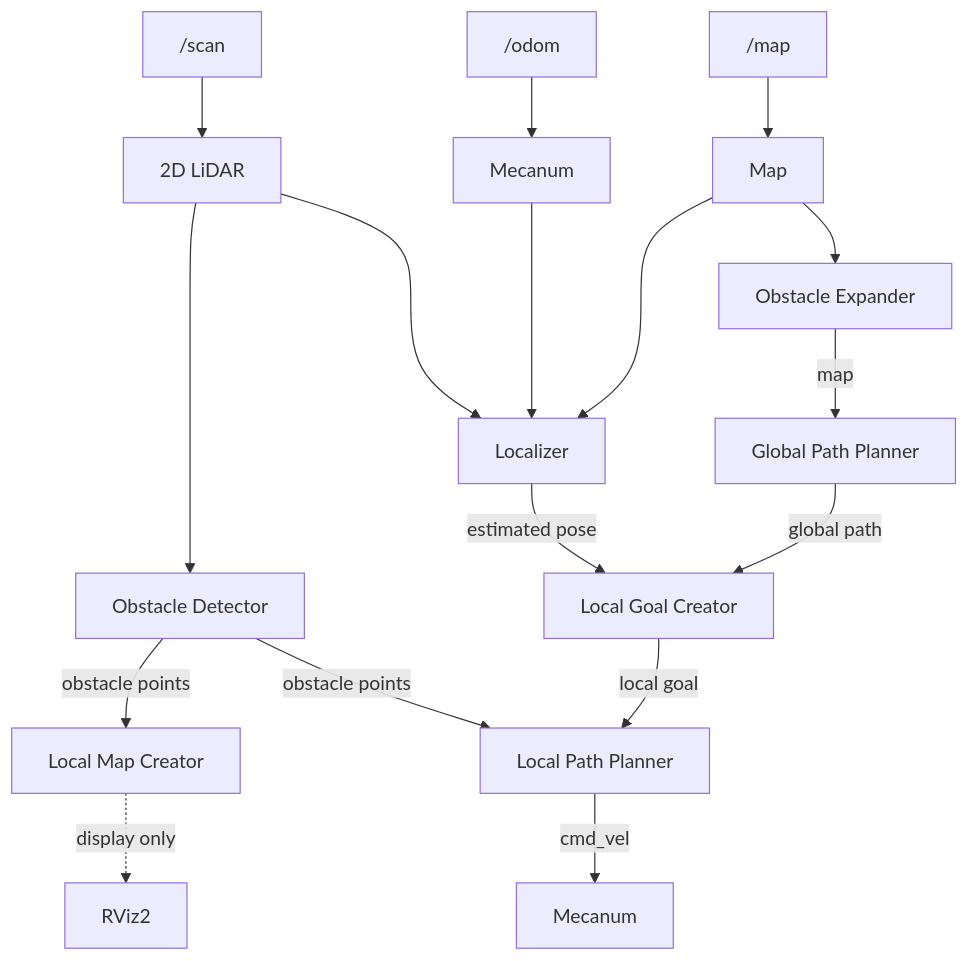
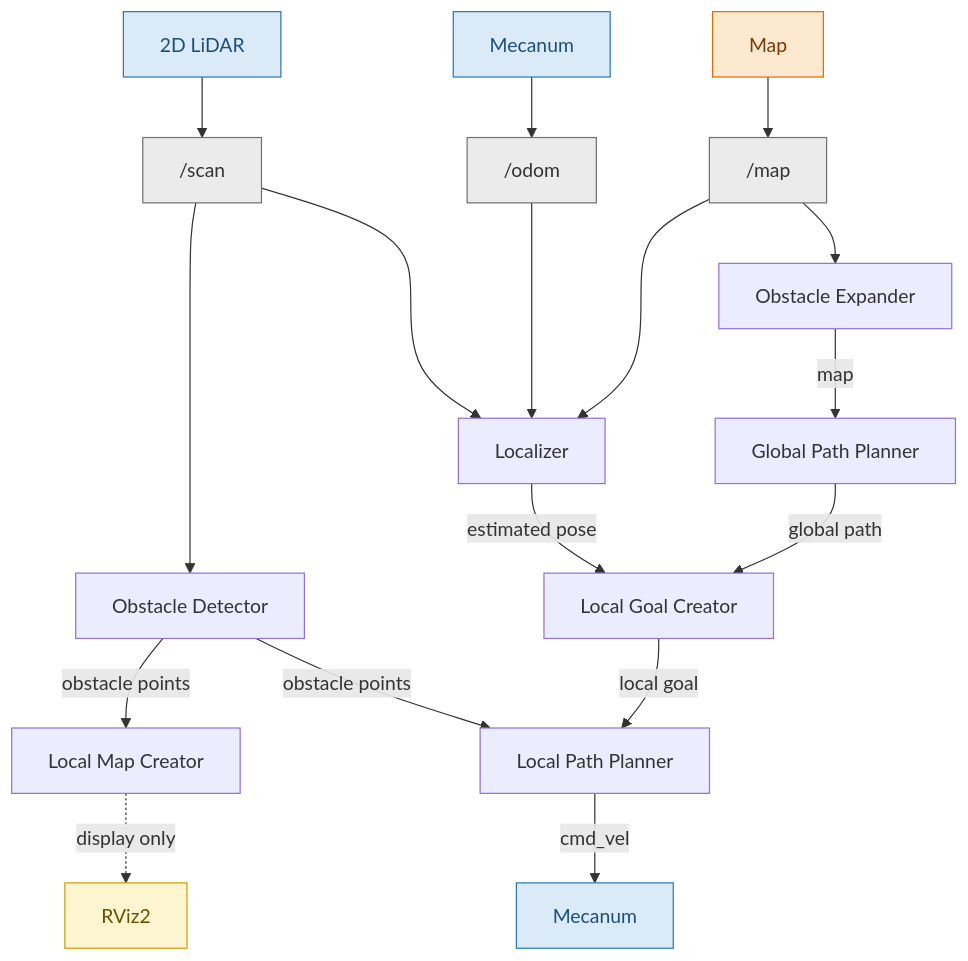
One commit to amslabtech/chibi26_c changed the diagram in README.md. Above: the diagram before and after it, drawn with Mermaid. The commit also changed other lines of this file, not shown here.

Commit message:
README5 chibi26_c

````diff
--- a/README.md
+++ b/README.md
@@ -10,30 +12,39 @@
 ```mermaid
 graph TD
-    scan[ /scan]
-    odom[ /odom]
-    map[ /map]
+    classDef blue   fill:#daeaf6,stroke:#2878b5,color:#1a4f7a
+    classDef orange fill:#fde8d0,stroke:#e06c00,color:#7a3a00
+    classDef green  fill:#d6eedc,stroke:#2e8b57,color:#1a5233
+    classDef red    fill:#fad6d6,stroke:#c0392b,color:#6e1f1a
+    classDef yellow fill:#fdf5d0,stroke:#c8a000,color:#6b5200
+    classDef purple fill:#ebe0f5,stroke:#7d3c98,color:#4a1f6a
+    classDef gray   fill:#ebebeb,stroke:#707070,color:#333333
+    classDef brown  fill:#f0e0d0,stroke:#8b4513,color:#4a2009
+    
+    LiDAR[2D LiDAR]:::blue
+    Mecanum1[Mecanum]:::blue
+    Map[Map]:::orange
 
-    scan --> LiDAR[2D LiDAR]
-    odom --> Mecanum1[Mecanum]
-    map  --> Map[Map]
+    LiDAR --> scan[ /scan]:::gray
+    Mecanum1 --> odom[ /odom]:::gray
+    Map  --> map[ /map]:::gray
 
-    LiDAR --> ObsDet[Obstacle Detector]
-    LiDAR ---> Localizer
-    Mecanum1 ---> Localizer
-    Map ---> Localizer
-    Map --> ObsExp[Obstacle Expander]
+    scan --> ObsDet[Obstacle Detector]
+    scan ---> Localizer
+    odom ---> Localizer
+    map ---> Localizer
+    map --> ObsExp[Obstacle Expander]
     
     ObsExp  -->|map| GPP[Global Path Planner]
 
     ObsDet  -->|obstacle points| LMC[Local Map Creator]
     
     Localizer -->|estimated pose| LGC[Local Goal Creator]
     GPP     -->|global path| LGC
 
     LGC -->|local goal| LPP[Local Path Planner]
     ObsDet -->|obstacle points| LPP[Local Path Planner]
 
-    LPP -->|cmd_vel| Mecanum2[Mecanum]
+    LPP -->|cmd_vel| Mecanum2[Mecanum]:::blue
 
-    LMC -.->|display only| RViz2
+    LMC -.->|display only| RViz2:::yellow
 ```
````
